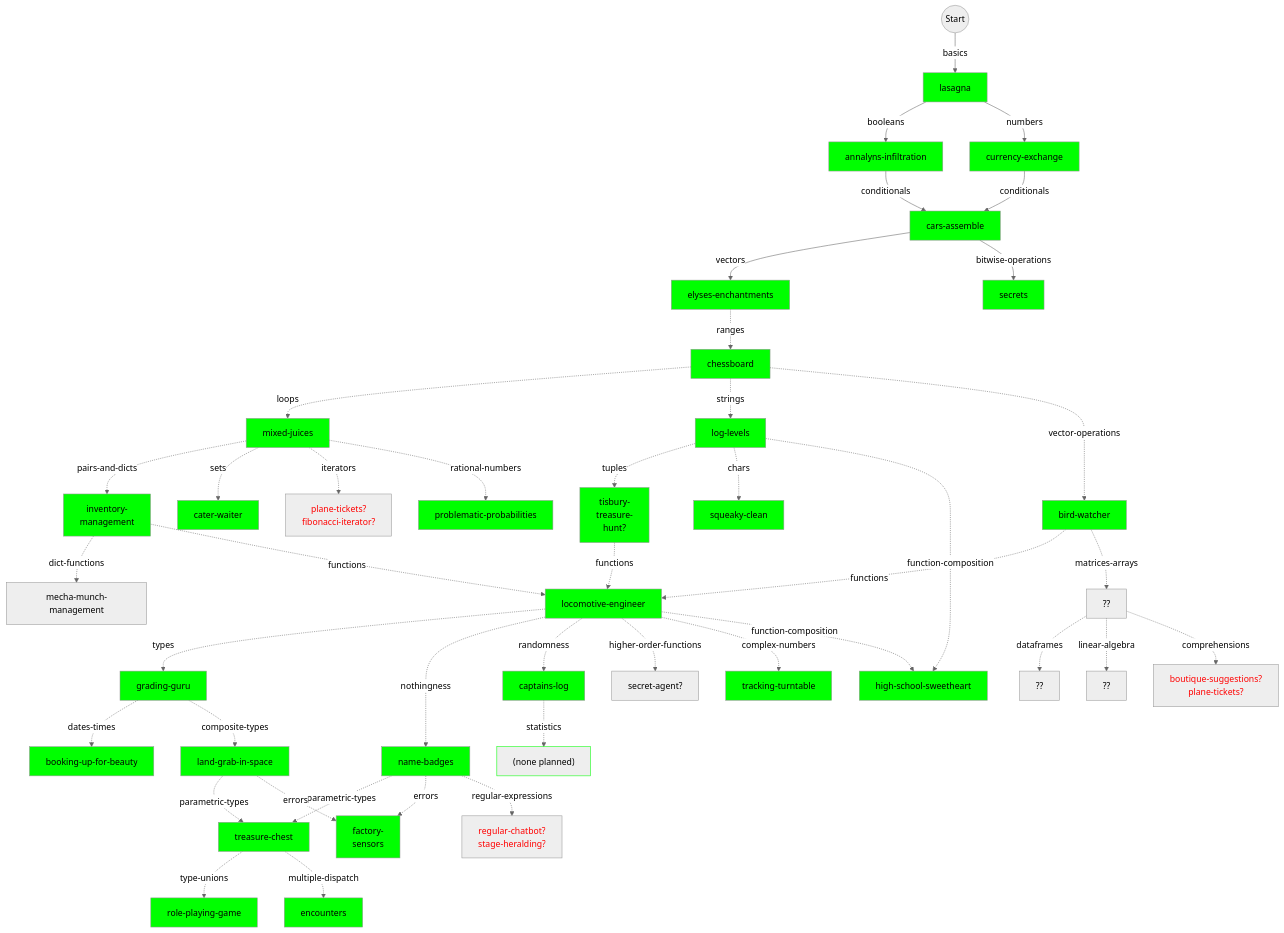
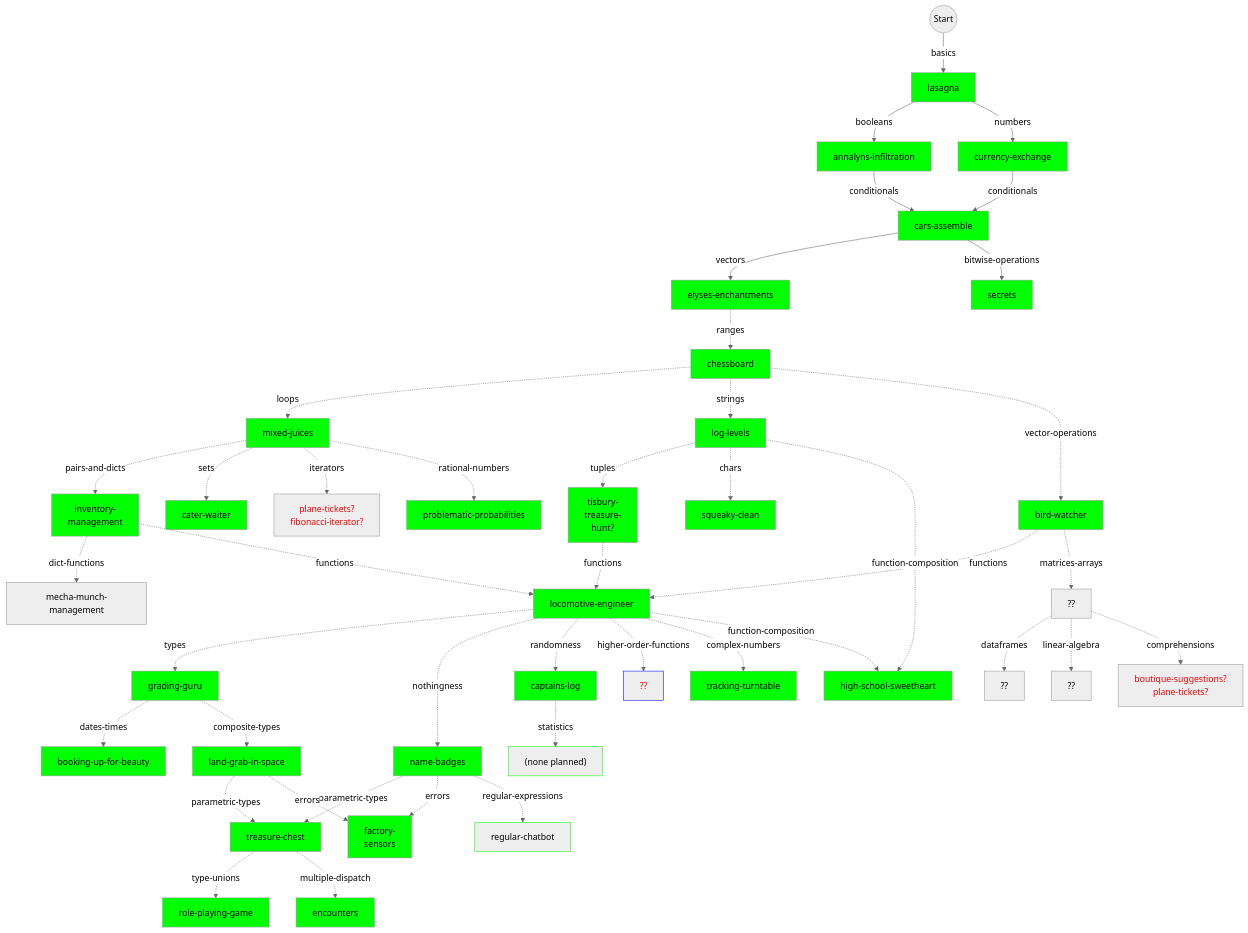
Before and after one commit to colinleach/learning-track-doodles: the diagram in julia/flowchart.md, drawn with Mermaid (neutral theme).

```diff
--- a/julia/flowchart.md
+++ b/julia/flowchart.md
@@ -101,8 +101,8 @@
 tuples -.functions.-> functions["locomotive-engineer"]
 style functions fill:#0f0
 
-functions -.higher-order-functions.-> higher-order-functions["secret-agent?"]
-%% style higher-order-functions fill:#f00,color:#fff
+functions -.higher-order-functions.-> higher-order-functions["??"]
+style higher-order-functions stroke:#00f,color:#f00
 
 parametric-types -.multiple-dispatch.-> multiple-dispatch["encounters"]
 style multiple-dispatch fill:#0f0
@@ -118,8 +118,8 @@
 composite-types -.errors.-> errors["factory-<br/>sensors "]
 style errors fill:#0f0
 
-nothingness -.regular-expressions.-> regular-expressions["regular-chatbot?<br/>stage-heralding?"]
-style regular-expressions color:#f00
+nothingness -.regular-expressions.-> regular-expressions["regular-chatbot"]
+style regular-expressions stroke:#0f0
 
 loops -.rational-numbers.-> rational-numbers["problematic-probabilities"]
 style rational-numbers fill:#0f0
```
